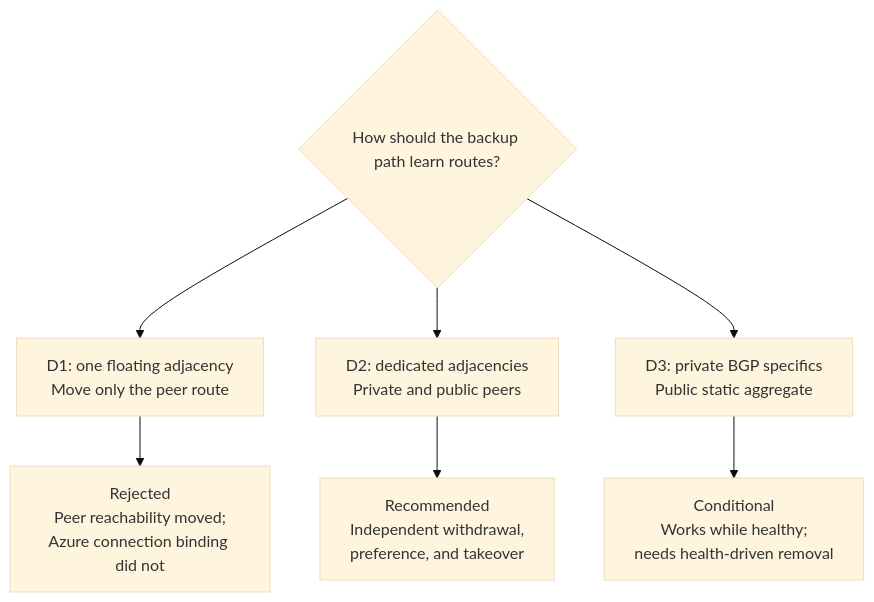
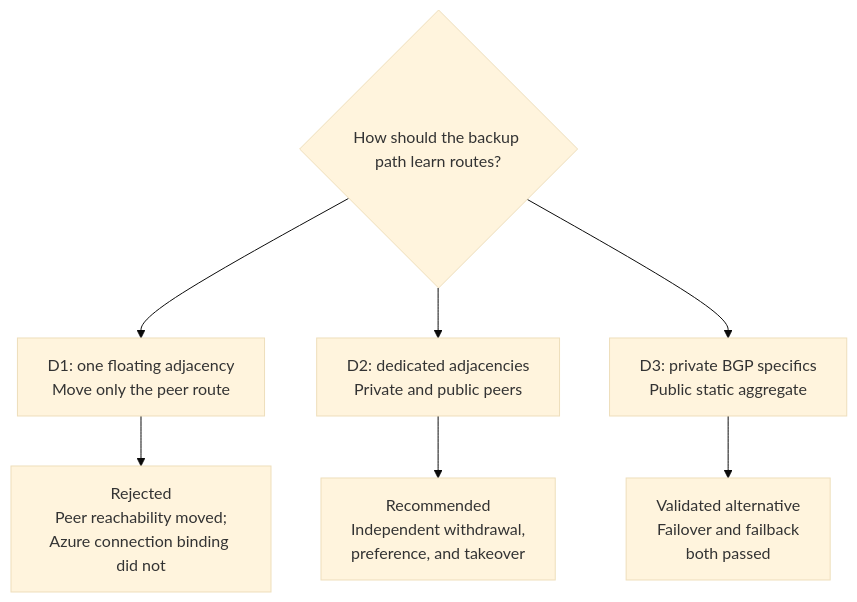
One commit to erjosito/azure-networking-blog changed the second of 4 diagrams in 2026-09-vwan-ipsec-over-er-backup/README.md. Above: the diagram before and after it, drawn with Mermaid (base theme). The commit also changed other lines of this file, not shown here.

````diff
--- a/2026-09-vwan-ipsec-over-er-backup/README.md
+++ b/2026-09-vwan-ipsec-over-er-backup/README.md
@@ -68,16 +74,16 @@
 ```mermaid
 flowchart TB
     Q{"How should the backup path learn routes?"}
 
     D1["D1: one floating adjacency<br/>Move only the peer route"]
     D2["D2: dedicated adjacencies<br/>Private and public peers"]
     D3["D3: private BGP specifics<br/>Public static aggregate"]
 
     R1["Rejected<br/>Peer reachability moved;<br/>Azure connection binding did not"]
     R2["Recommended<br/>Independent withdrawal,<br/>preference, and takeover"]
-    R3["Conditional<br/>Works while healthy;<br/>needs health-driven removal"]
+    R3["Validated alternative<br/>Failover and failback<br/>both passed"]
 
     Q --> D1 --> R1
     Q --> D2 --> R2
     Q --> D3 --> R3
 ```
````
